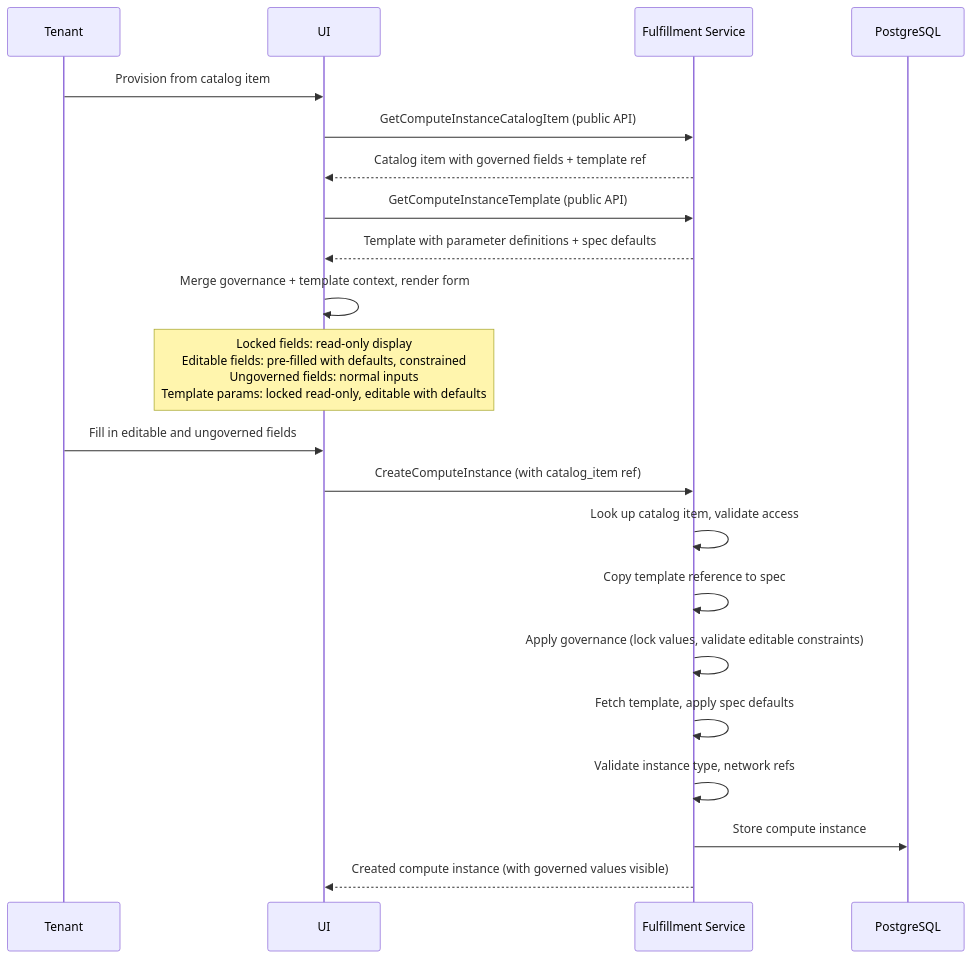
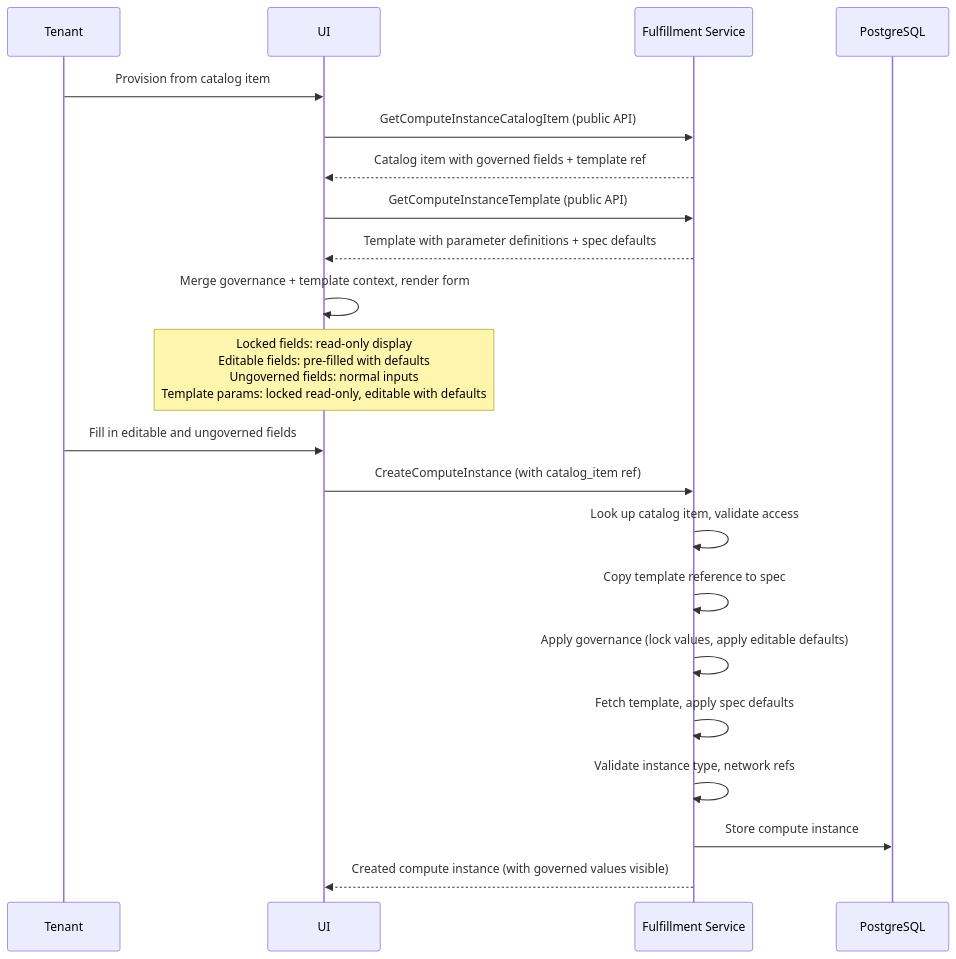
The second of 2 diagrams in enhancements/OSAC-3538-catalog-items-v2/design.md (osac-project/enhancement-proposals), drawn with Mermaid before and after one commit. The commit also changed other lines of this file, not shown here.

First line of the commit message:
Fix 11 gaps: remove stale allowed_values refs, metadata migration, stale node_set section

````diff
--- a/enhancements/OSAC-3538-catalog-items-v2/design.md
+++ b/enhancements/OSAC-3538-catalog-items-v2/design.md
@@ -106,24 +106,24 @@
 ```mermaid
 sequenceDiagram
     participant Tenant
     participant UI
     participant API as Fulfillment Service
     participant DB as PostgreSQL
 
     Tenant->>UI: Provision from catalog item
     UI->>API: GetComputeInstanceCatalogItem (public API)
     API-->>UI: Catalog item with governed fields + template ref
     UI->>API: GetComputeInstanceTemplate (public API)
     API-->>UI: Template with parameter definitions + spec defaults
     UI->>UI: Merge governance + template context, render form
-    Note over UI: Locked fields: read-only display<br/>Editable fields: pre-filled with defaults, constrained<br/>Ungoverned fields: normal inputs<br/>Template params: locked read-only, editable with defaults
+    Note over UI: Locked fields: read-only display<br/>Editable fields: pre-filled with defaults<br/>Ungoverned fields: normal inputs<br/>Template params: locked read-only, editable with defaults
     Tenant->>UI: Fill in editable and ungoverned fields
     UI->>API: CreateComputeInstance (with catalog_item ref)
     API->>API: Look up catalog item, validate access
     API->>API: Copy template reference to spec
-    API->>API: Apply governance (lock values, validate editable constraints)
+    API->>API: Apply governance (lock values, apply editable defaults)
     API->>API: Fetch template, apply spec defaults
     API->>API: Validate instance type, network refs
     API->>DB: Store compute instance
     API-->>UI: Created compute instance (with governed values visible)
 ```
````
